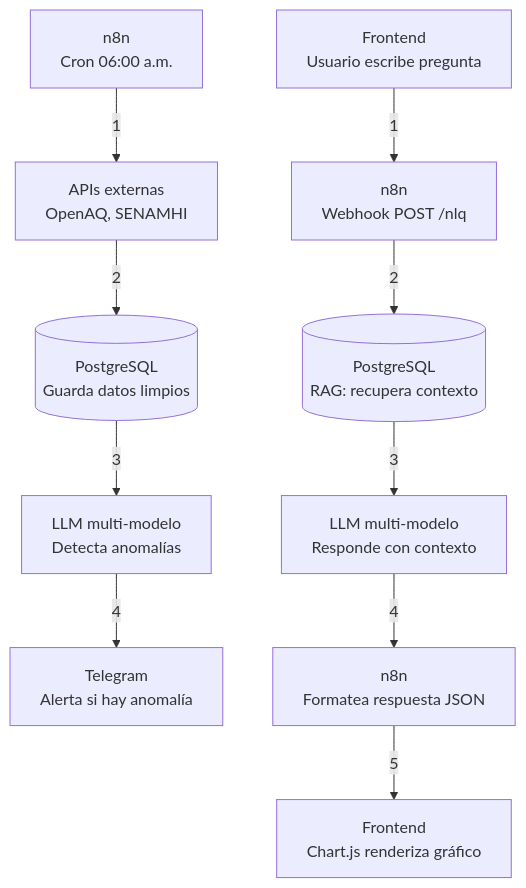
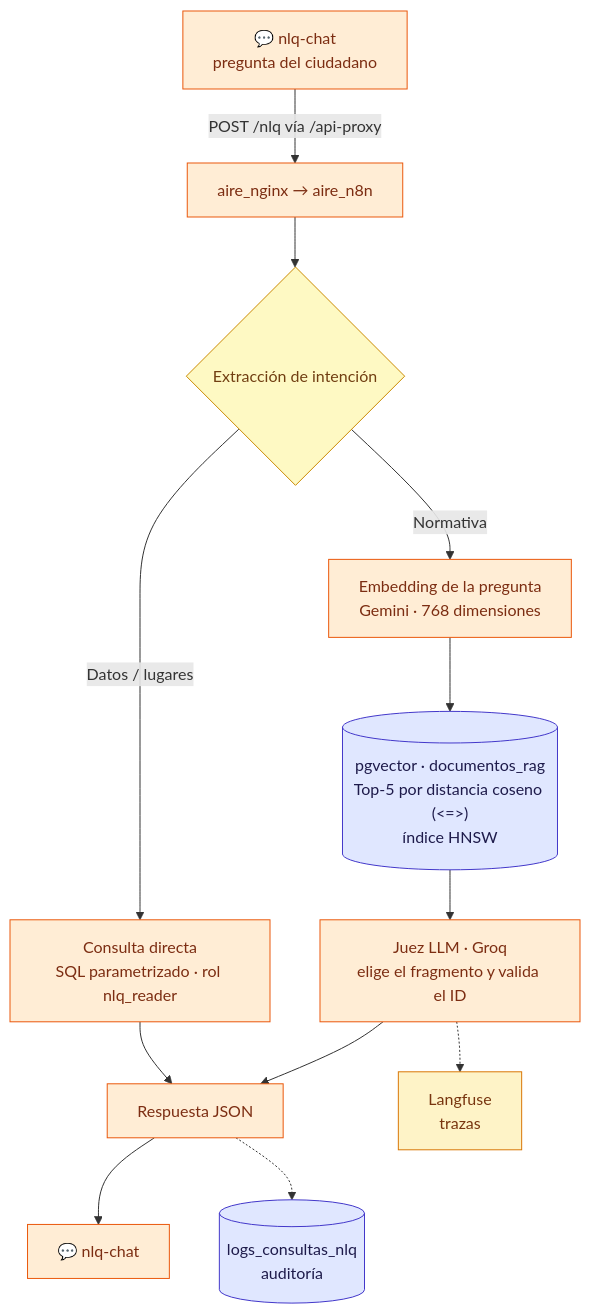
One commit to davidllamocca/practica1 changed the fourth of 6 diagrams in README.md. Above: the diagram before and after it, drawn with Mermaid. The commit also changed other lines of this file, not shown here.

````diff
--- a/README.md
+++ b/README.md
@@ -44,27 +242,23 @@
 ```mermaid
 flowchart TD
-    A1["n8n<br/>Cron 06:00 a.m."]
-    A2["APIs externas<br/>OpenAQ, SENAMHI"]
-    A3[("PostgreSQL<br/>Guarda datos limpios")]
-    A4["LLM multi-modelo<br/>Detecta anomalías"]
-    A5["Telegram<br/>Alerta si hay anomalía"]
+    B1["💬 nlq-chat<br/>pregunta del ciudadano"] -->|"POST /nlq vía /api-proxy"| B2["aire_nginx → aire_n8n"]
+    B2 --> B3{"Extracción de intención"}
+    B3 -->|"Datos / lugares"| B4["Consulta directa<br/>SQL parametrizado · rol nlq_reader"]
+    B3 -->|"Normativa"| B5["Embedding de la pregunta<br/>Gemini · 768 dimensiones"]
+    B5 --> B6[("pgvector · documentos_rag<br/>Top-5 por distancia coseno (<=>)<br/>índice HNSW")]
+    B6 --> B7["Juez LLM · Groq<br/>elige el fragmento y valida el ID"]
+    B4 --> B8["Respuesta JSON"]
+    B7 --> B8
+    B8 --> B9["💬 nlq-chat"]
+    B8 -.-> B10[("logs_consultas_nlq<br/>auditoría")]
+    B7 -.-> B11["Langfuse<br/>trazas"]
 
-    A1 -->|1| A2
-    A2 -->|2| A3
-    A3 -->|3| A4
-    A4 -->|4| A5 
-
-
-    B1["Frontend<br/>Usuario escribe pregunta"]
-    B2["n8n<br/>Webhook POST /nlq"]
-    B3[("PostgreSQL<br/>RAG: recupera contexto")]
-    B4["LLM multi-modelo<br/>Responde con contexto"]
-    B5["n8n<br/>Formatea respuesta JSON"]
-    B6["Frontend<br/>Chart.js renderiza gráfico"]
-
-    B1 -->|1| B2
-    B2 -->|2| B3
-    B3 -->|3| B4
-    B4 -->|4| B5
-    B5 -->|5| B6 
-```    
+    classDef step fill:#FFEDD5,stroke:#EA580C,color:#7C2D12
+    classDef data fill:#E0E7FF,stroke:#4338CA,color:#1E1B4B
+    classDef dec fill:#FEF9C3,stroke:#CA8A04,color:#713F12
+    classDef ext fill:#FEF3C7,stroke:#D97706,color:#78350F
+    class B1,B2,B4,B5,B7,B8,B9 step
+    class B6,B10 data
+    class B3 dec
+    class B11 ext
+```
````
